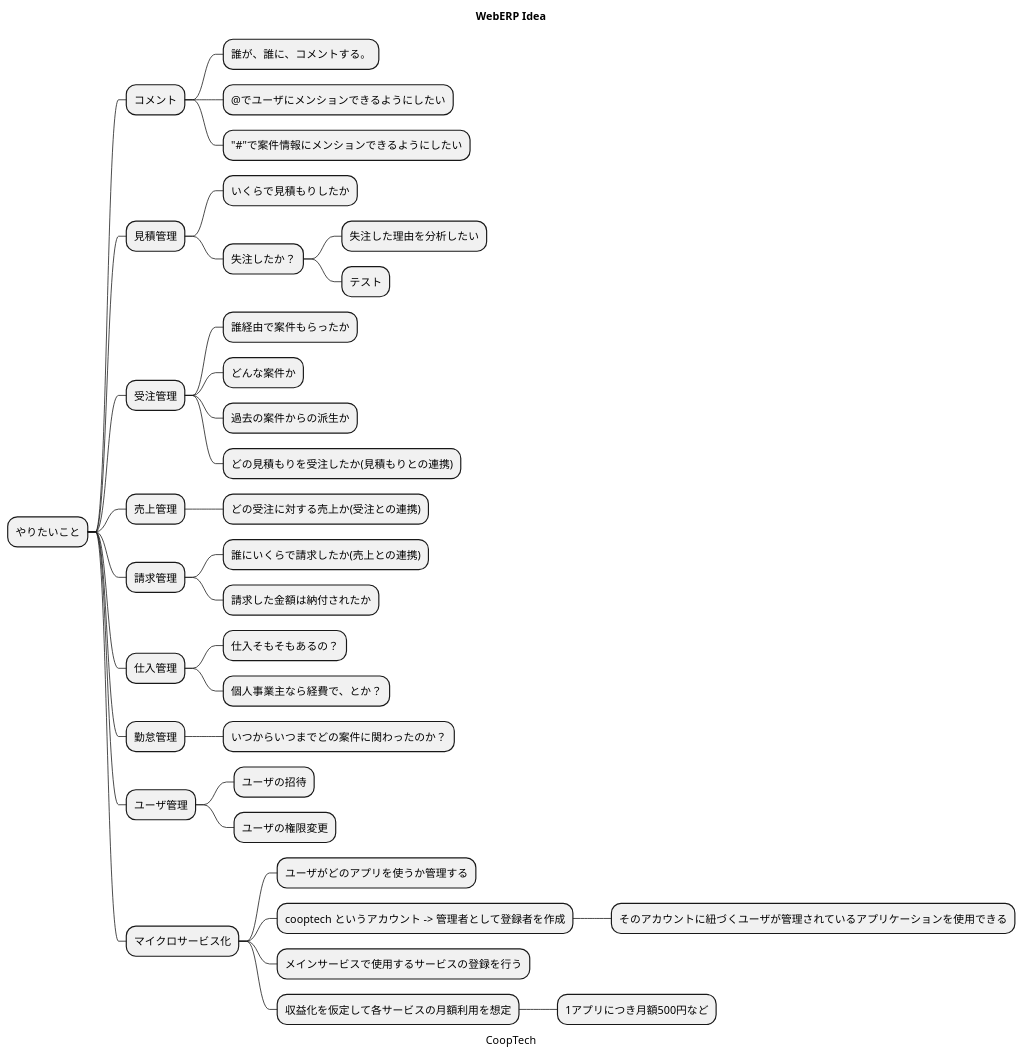
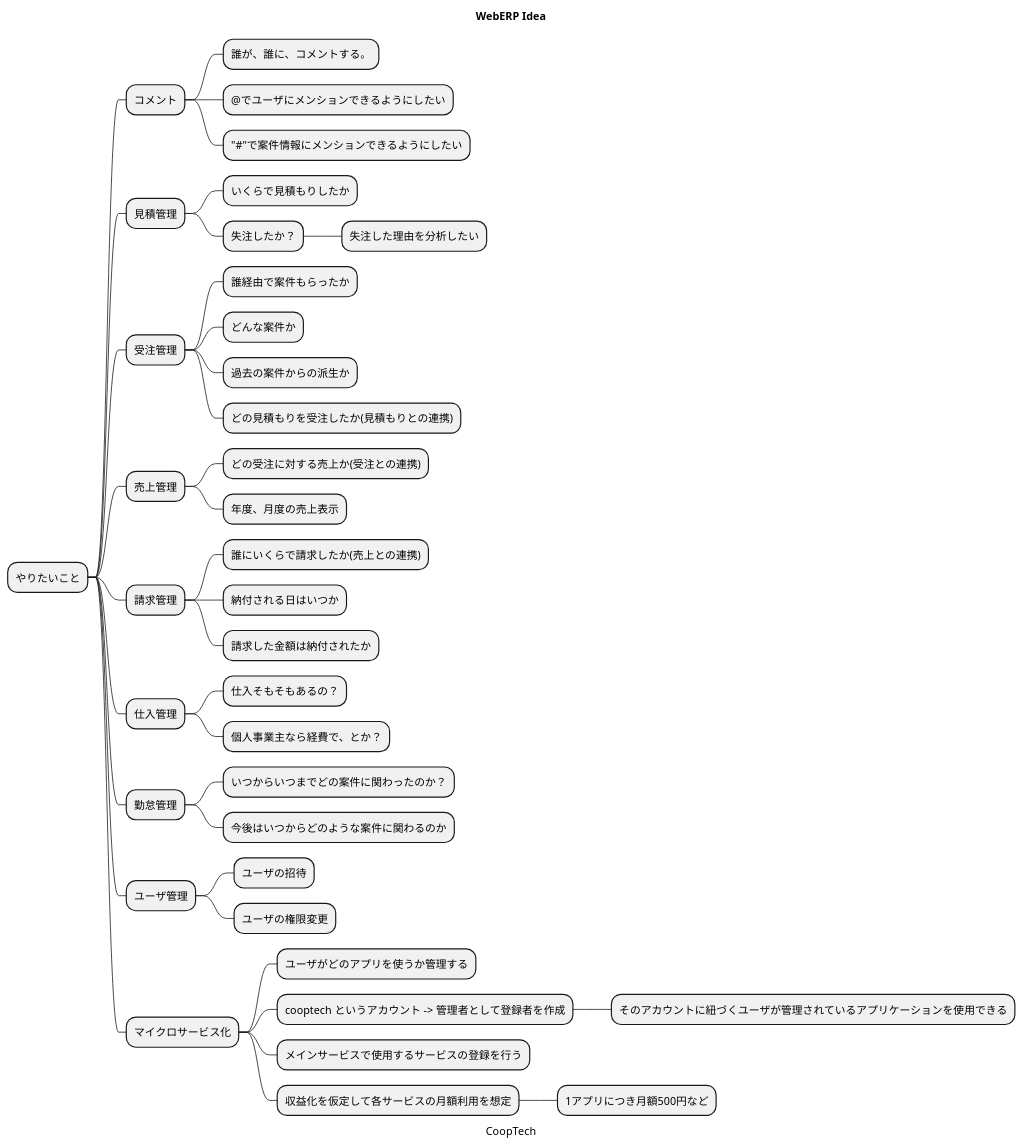
The diagram in docs/MindMap.puml (CoopTechOrg/WebERP), drawn with PlantUML before and after one commit.

Commit message:
要件の更新

```diff
--- a/docs/MindMap.puml
+++ b/docs/MindMap.puml
@@ -1,51 +1,53 @@
 @startmindmap
 'https://plantuml.com/mindmap-diagram
 
 caption CoopTech
 title WebERP Idea
 
 * やりたいこと
 ** コメント
 *** 誰が、誰に、コメントする。
 *** @でユーザにメンションできるようにしたい
 *** "#"で案件情報にメンションできるようにしたい
 
 ** 見積管理
 *** いくらで見積もりしたか
 *** 失注したか？
 **** 失注した理由を分析したい
-**** テスト
 
 ** 受注管理
 *** 誰経由で案件もらったか
 *** どんな案件か
 *** 過去の案件からの派生か
 *** どの見積もりを受注したか(見積もりとの連携)
 
 ** 売上管理
 *** どの受注に対する売上か(受注との連携)
+*** 年度、月度の売上表示
 
 ** 請求管理
 *** 誰にいくらで請求したか(売上との連携)
+*** 納付される日はいつか
 *** 請求した金額は納付されたか
 
 ** 仕入管理
 *** 仕入そもそもあるの？
 *** 個人事業主なら経費で、とか？
 
 ** 勤怠管理
 *** いつからいつまでどの案件に関わったのか？
+*** 今後はいつからどのような案件に関わるのか
 
 ** ユーザ管理
 *** ユーザの招待
 *** ユーザの権限変更
 
 ** マイクロサービス化
 *** ユーザがどのアプリを使うか管理する
 *** cooptech というアカウント -> 管理者として登録者を作成
 **** そのアカウントに紐づくユーザが管理されているアプリケーションを使用できる
 *** メインサービスで使用するサービスの登録を行う
 *** 収益化を仮定して各サービスの月額利用を想定
 **** 1アプリにつき月額500円など
 
 @endmindmap
```
